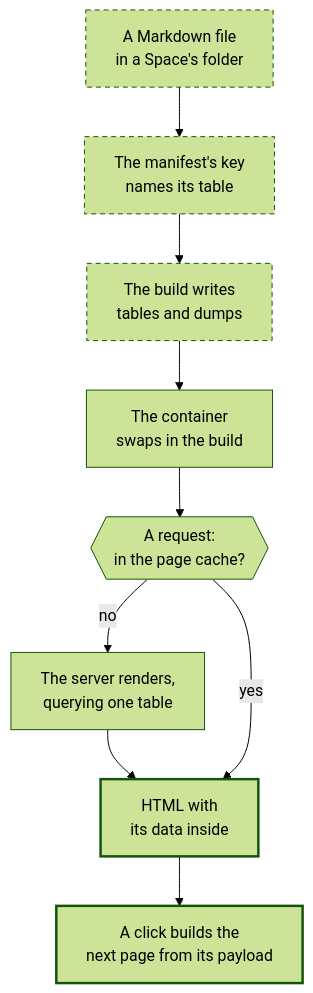
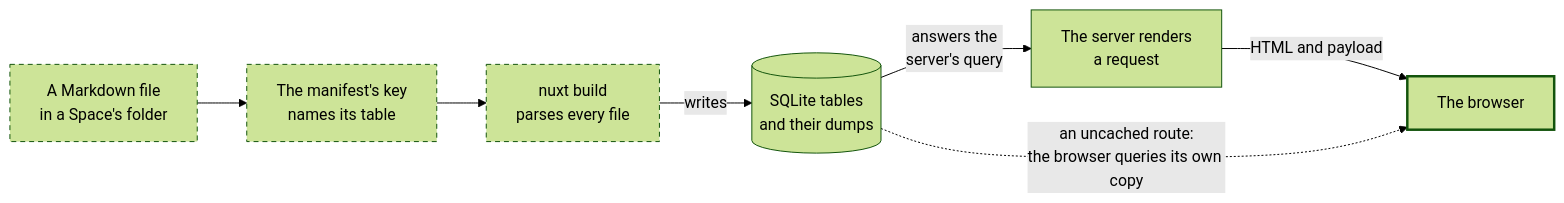
One commit to feffef/terrarium changed the diagram in layers/glassbox/content/guide/pages/walkthroughs/from-file-to-browser.md. Above: the diagram before and after it, drawn with Mermaid (forest theme). The commit also changed other lines of this file and 2 other files, not shown here.

Commit message:
Glass Box: "From file to browser" diagram puts the database in the middle
The old diagram was one top-to-bottom chain, so it never showed where the
build and the readers meet. The new one runs left to right: the build
writes the SQLite tables and dumps, the server queries them to render a
request, and the browser queries its own copy for an uncached route. The
intro now says the same.

Claude-Session: https://claude.ai/code/session_01E2zbWEQmuUrEhWvbzNpBba

````diff
--- a/layers/glassbox/content/guide/pages/walkthroughs/from-file-to-browser.md
+++ b/layers/glassbox/content/guide/pages/walkthroughs/from-file-to-browser.md
@@ -10,15 +10,13 @@
 ```mermaid
-flowchart TD
+flowchart LR
   file["A Markdown file<br>in a Space's folder"] --> key["The manifest's key<br>names its table"]
-  key --> build["The build writes<br>tables and dumps"]
-  build --> swap["The container<br>swaps in the build"]
-  swap --> cached{{"A request:<br>in the page cache?"}}
-  cached -- no --> render["The server renders,<br>querying one table"]
-  render --> html["HTML with<br>its data inside"]
-  cached -- yes --> html
-  html --> next["A click builds the<br>next page from its payload"]
+  key --> build["nuxt build<br>parses every file"]
+  build -- "writes" --> db[("SQLite tables<br>and their dumps")]
+  db -- "answers the<br>server's query" --> server["The server renders<br>a request"]
+  server -- "HTML and payload" --> browser["The browser"]
+  db -. "an uncached route:<br>the browser queries its own copy" .-> browser
   classDef repo stroke-dasharray:5 4
-  classDef browser stroke-width:2.5px
+  classDef reader stroke-width:2.5px
   class file,key,build repo
-  class html,next browser
+  class browser reader
 ```
````
